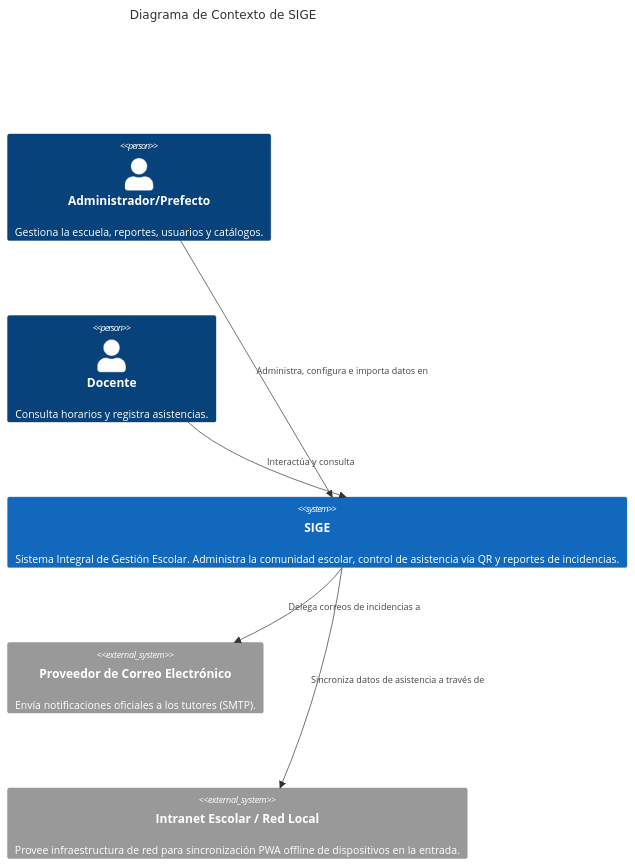
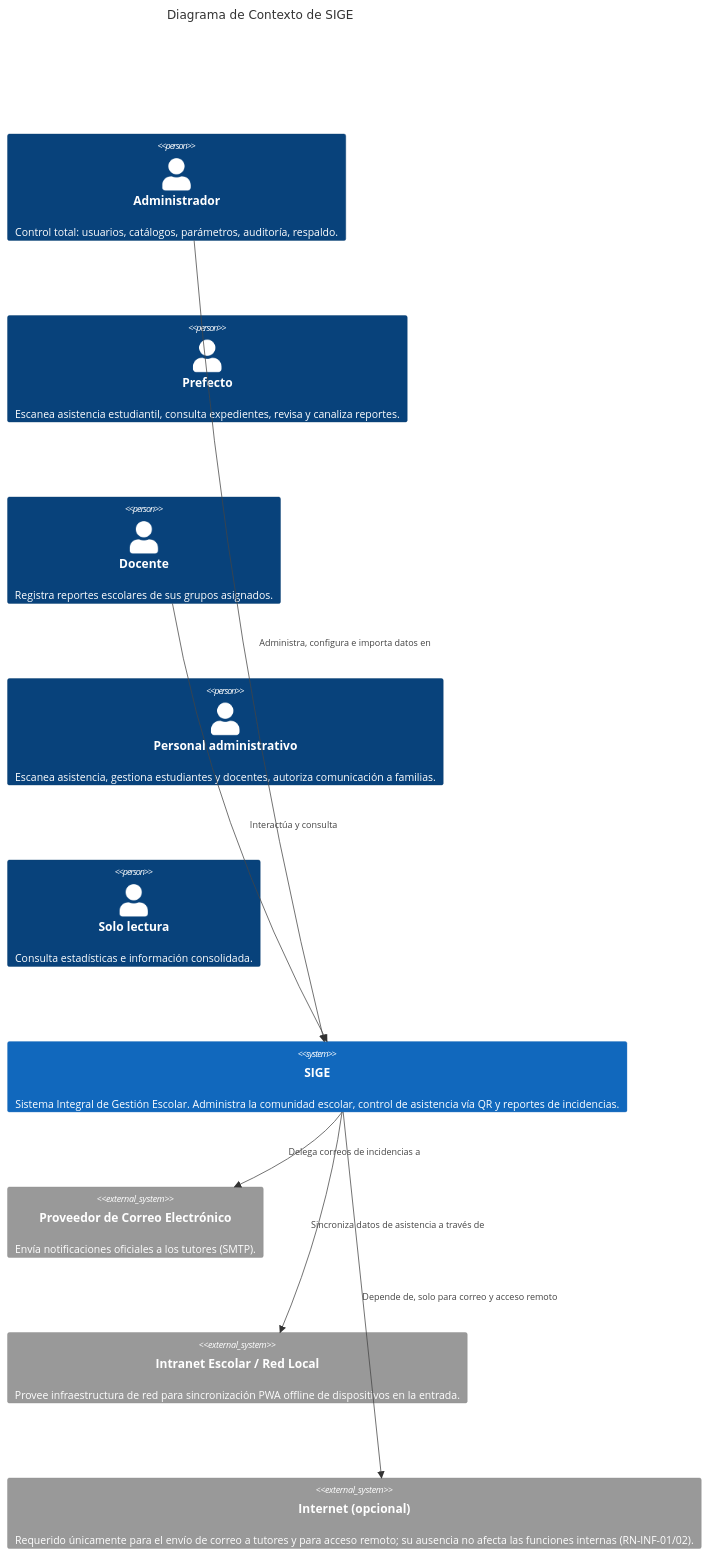
Before and after one commit to migolitofirmaditocmd/SIGE: the first of 3 diagrams in docs/3 Arquitectura de software/SIGE_Arquitectura_C4.md, drawn with Mermaid. The commit also changed other lines of this file and 5 other files, not shown here.

````diff
--- a/docs/3 Arquitectura de software/SIGE_Arquitectura_C4.md
+++ b/docs/3 Arquitectura de software/SIGE_Arquitectura_C4.md
@@ -11,17 +11,23 @@
 ```mermaid
 C4Context
     title Diagrama de Contexto de SIGE
     
-    Person(admin, "Administrador/Prefecto", "Gestiona la escuela, reportes, usuarios y catálogos.")
-    Person(teacher, "Docente", "Consulta horarios y registra asistencias.")
+    Person(admin, "Administrador", "Control total: usuarios, catálogos, parámetros, auditoría, respaldo.")
+    Person(prefect, "Prefecto", "Escanea asistencia estudiantil, consulta expedientes, revisa y canaliza reportes.")
+    Person(teacher, "Docente", "Registra reportes escolares de sus grupos asignados.")
+    Person(admin_staff, "Personal administrativo", "Escanea asistencia, gestiona estudiantes y docentes, autoriza comunicación a familias.")
+    Person(auditor, "Solo lectura", "Consulta estadísticas e información consolidada.")
+    
     
     System(sige, "SIGE", "Sistema Integral de Gestión Escolar. Administra la comunidad escolar, control de asistencia vía QR y reportes de incidencias.")
     
     System_Ext(email_sys, "Proveedor de Correo Electrónico", "Envía notificaciones oficiales a los tutores (SMTP).")
     System_Ext(local_net, "Intranet Escolar / Red Local", "Provee infraestructura de red para sincronización PWA offline de dispositivos en la entrada.")
+    System_Ext(internet, "Internet (opcional)", "Requerido únicamente para el envío de correo a tutores y para acceso remoto; su ausencia no afecta las funciones internas (RN-INF-01/02).")
 
+    Rel(sige, internet, "Depende de, solo para correo y acceso remoto")
     Rel(admin, sige, "Administra, configura e importa datos en")
     Rel(teacher, sige, "Interactúa y consulta")
     Rel(sige, email_sys, "Delega correos de incidencias a")
     Rel(sige, local_net, "Sincroniza datos de asistencia a través de")
 ```
````
